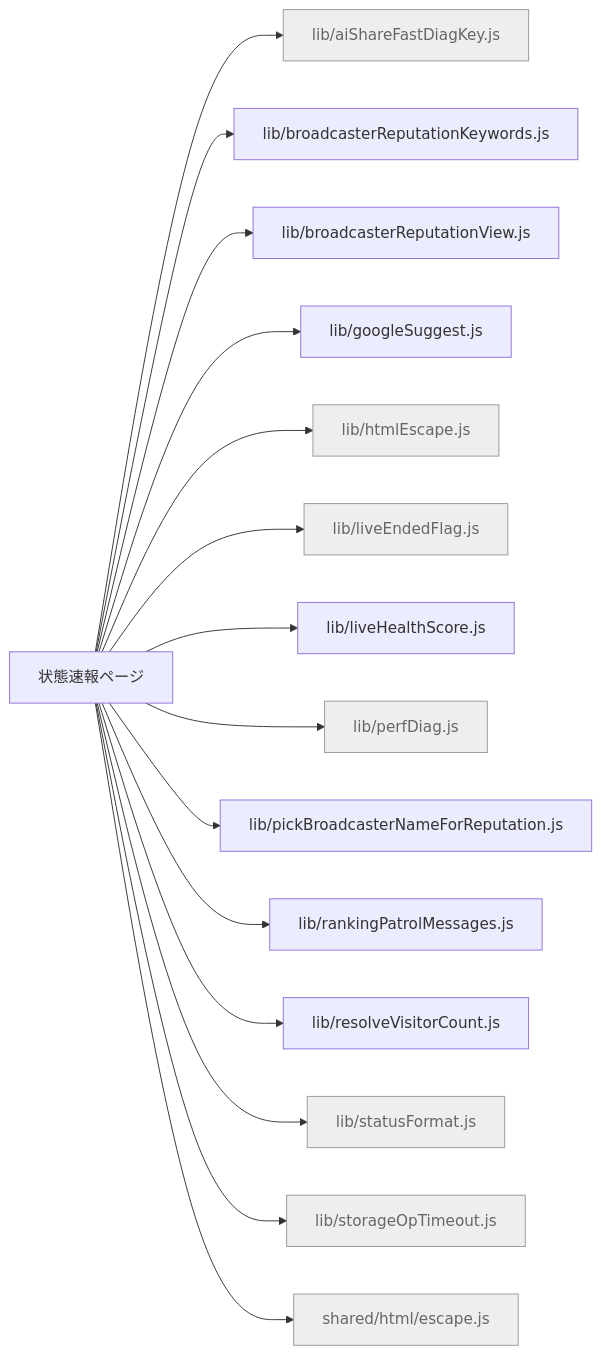
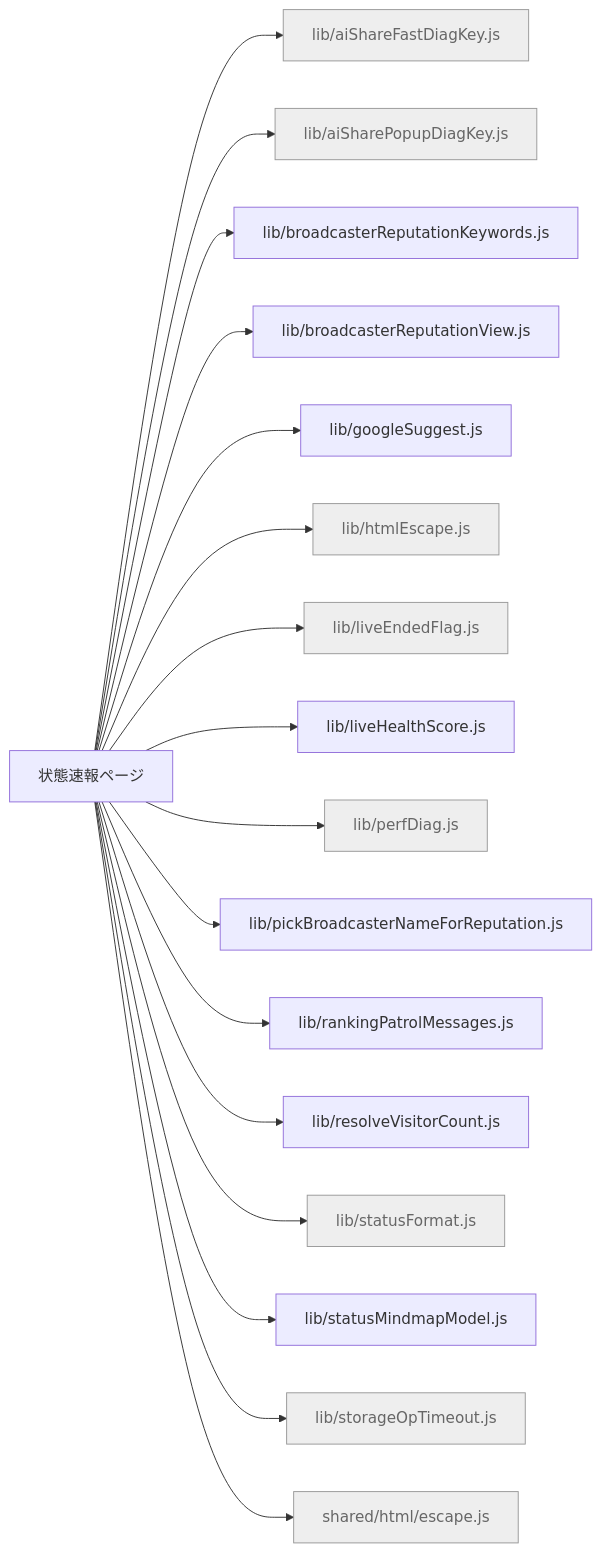
Before and after one commit to kimito-link/tsuioku-no-kirameki.com: the diagram in docs/feature-map/status.md, drawn with Mermaid. The commit also changed other lines of this file and 11 other files, not shown here.

````diff
--- a/docs/feature-map/status.md
+++ b/docs/feature-map/status.md
@@ -13,19 +13,21 @@
 ```mermaid
 graph LR
   n_status["状態速報ページ"]
   n_status --> n_src_lib_aiShareFastDiagKey_js["lib/aiShareFastDiagKey.js"]:::shared
+  n_status --> n_src_lib_aiSharePopupDiagKey_js["lib/aiSharePopupDiagKey.js"]:::shared
   n_status --> n_src_lib_broadcasterReputationKeywords_js["lib/broadcasterReputationKeywords.js"]
   n_status --> n_src_lib_broadcasterReputationView_js["lib/broadcasterReputationView.js"]
   n_status --> n_src_lib_googleSuggest_js["lib/googleSuggest.js"]
   n_status --> n_src_lib_htmlEscape_js["lib/htmlEscape.js"]:::shared
   n_status --> n_src_lib_liveEndedFlag_js["lib/liveEndedFlag.js"]:::shared
   n_status --> n_src_lib_liveHealthScore_js["lib/liveHealthScore.js"]
   n_status --> n_src_lib_perfDiag_js["lib/perfDiag.js"]:::shared
   n_status --> n_src_lib_pickBroadcasterNameForReputation_js["lib/pickBroadcasterNameForReputation.js"]
   n_status --> n_src_lib_rankingPatrolMessages_js["lib/rankingPatrolMessages.js"]
   n_status --> n_src_lib_resolveVisitorCount_js["lib/resolveVisitorCount.js"]
   n_status --> n_src_lib_statusFormat_js["lib/statusFormat.js"]:::shared
+  n_status --> n_src_lib_statusMindmapModel_js["lib/statusMindmapModel.js"]
   n_status --> n_src_lib_storageOpTimeout_js["lib/storageOpTimeout.js"]:::shared
   n_status --> n_src_shared_html_escape_js["shared/html/escape.js"]:::shared
   classDef shared fill:#eee,stroke:#999,color:#666;
 ```
````
